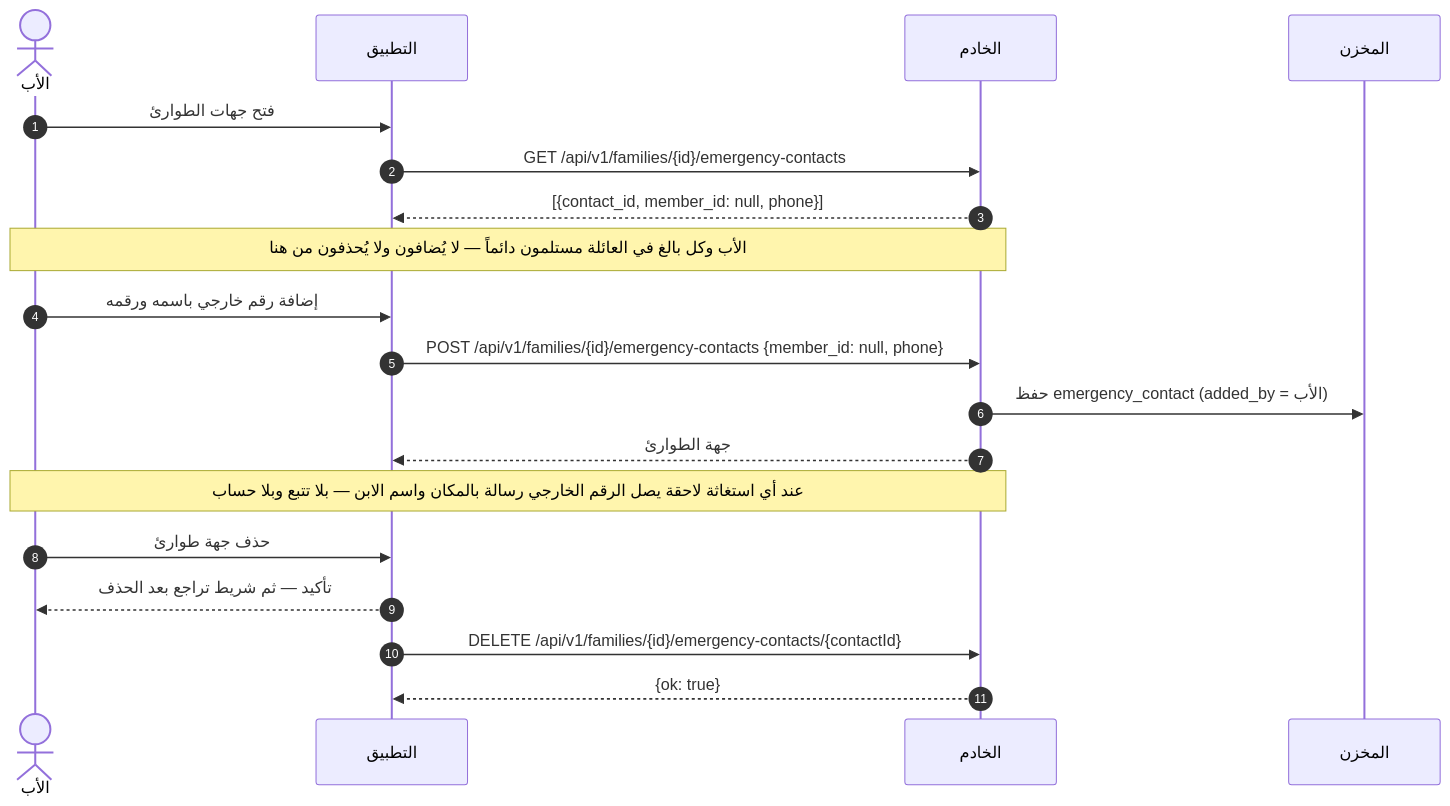
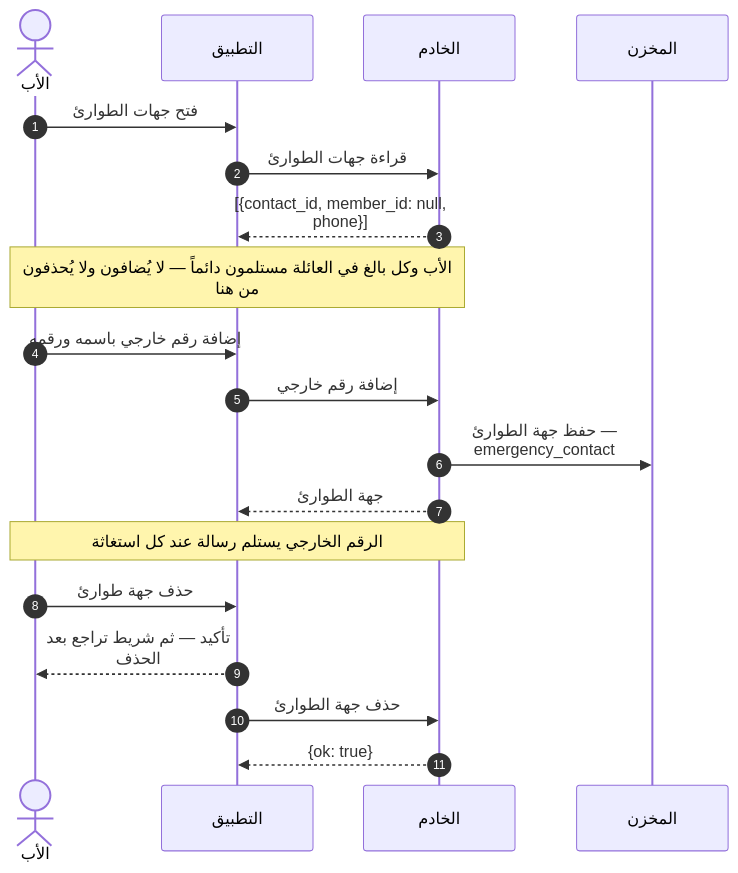
Before and after one commit to Bassam-mohammed-alqaeadi/family-os-v2: diagram 11 of 30 in docs/family-os/governance/phases/phase-1/S1-07-location-basic/DIAGRAMS.md, drawn with Mermaid. The commit also changed other lines of this file, not shown here.

````diff
--- a/docs/family-os/governance/phases/phase-1/S1-07-location-basic/DIAGRAMS.md
+++ b/docs/family-os/governance/phases/phase-1/S1-07-location-basic/DIAGRAMS.md
@@ -398,21 +464,22 @@
 ```mermaid
+    %%{init: {"sequence": {"wrap": true}}}%%
 sequenceDiagram
     autonumber
     actor Father as الأب
-    participant Flutter as التطبيق
+    participant App as التطبيق
     participant Ktor as الخادم
     participant PG as المخزن
-    Father->>Flutter: فتح جهات الطوارئ
-    Flutter->>Ktor: GET /api/v1/families/{id}/emergency-contacts
-    Ktor-->>Flutter: [{contact_id, member_id: null, phone}]
+    Father->>App: فتح جهات الطوارئ
+    App->>Ktor: قراءة جهات الطوارئ
+    Ktor-->>App: [{contact_id, member_id: null, phone}]
     Note over Father,Ktor: الأب وكل بالغ في العائلة مستلمون دائماً — لا يُضافون ولا يُحذفون من هنا
-    Father->>Flutter: إضافة رقم خارجي باسمه ورقمه
-    Flutter->>Ktor: POST /api/v1/families/{id}/emergency-contacts {member_id: null, phone}
-    Ktor->>PG: حفظ emergency_contact (added_by = الأب)
-    Ktor-->>Flutter: جهة الطوارئ
-    Note over Father,Ktor: عند أي استغاثة لاحقة يصل الرقم الخارجي رسالة بالمكان واسم الابن — بلا تتبع وبلا حساب
-    Father->>Flutter: حذف جهة طوارئ
-    Flutter-->>Father: تأكيد — ثم شريط تراجع بعد الحذف
-    Flutter->>Ktor: DELETE /api/v1/families/{id}/emergency-contacts/{contactId}
-    Ktor-->>Flutter: {ok: true}
+    Father->>App: إضافة رقم خارجي باسمه ورقمه
+    App->>Ktor: إضافة رقم خارجي
+    Ktor->>PG: حفظ جهة الطوارئ — emergency_contact
+    Ktor-->>App: جهة الطوارئ
+    Note over Father,Ktor: الرقم الخارجي يستلم رسالة عند كل استغاثة
+    Father->>App: حذف جهة طوارئ
+    App-->>Father: تأكيد — ثم شريط تراجع بعد الحذف
+    App->>Ktor: حذف جهة الطوارئ
+    Ktor-->>App: {ok: true}
 ```
````
